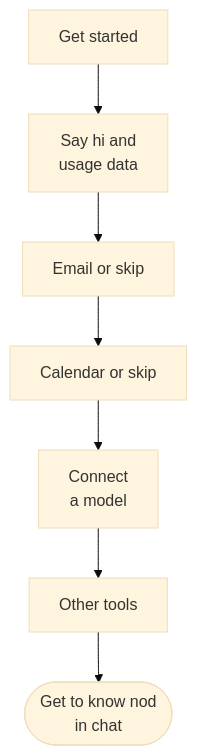
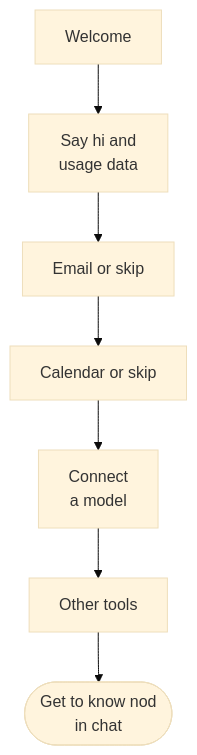
Before and after one commit to KrishBhimani/nod: the diagram in docs/src/content/docs/get-started/first-conversation.mdx, drawn with Mermaid (base theme). The commit also changed other lines of this file and 135 other files, not shown here.

````diff
--- a/docs/src/content/docs/get-started/first-conversation.mdx
+++ b/docs/src/content/docs/get-started/first-conversation.mdx
@@ -16,9 +18,9 @@
 ```mermaid
 flowchart TD
-  start[Get started] --> hi[Say hi and<br/>usage data]
+  start[Welcome] --> hi[Say hi and<br/>usage data]
   hi --> email[Email or skip]:::muted
   email --> calendar[Calendar or skip]:::muted
   calendar --> model[Connect<br/>a model]:::accent
   model --> apps[Other tools]:::muted
   apps --> chat([Get to know nod<br/>in chat]):::go
 ```
````
